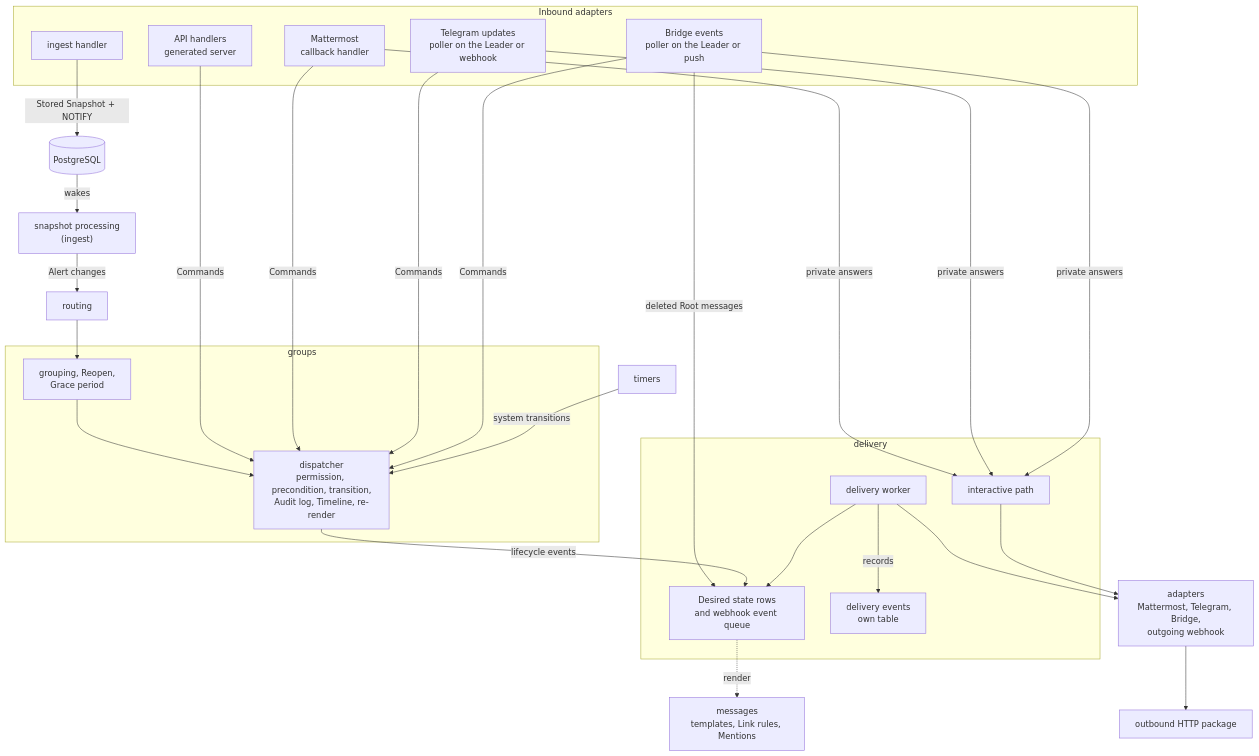
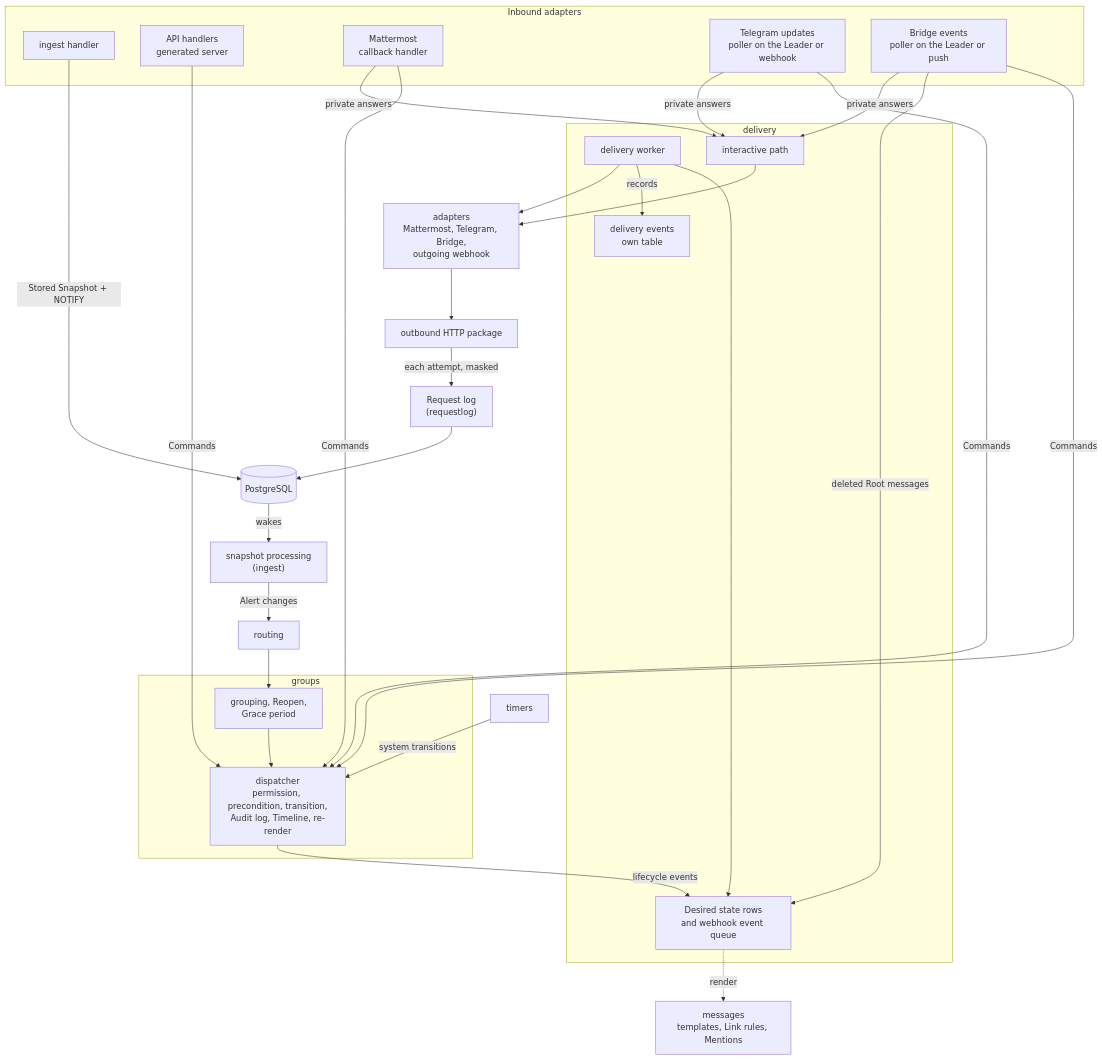
The third of 27 diagrams in design/architecture.md (muster-io/muster), drawn with Mermaid before and after one commit. The commit also changed other lines of this file and 99 other files, not shown here.

Commit message:
feat(requestlog): record outbound requests with their answers (#272)

````diff
--- a/design/architecture.md
+++ b/design/architecture.md
@@ -190,50 +190,53 @@
 ```mermaid
 flowchart TB
     subgraph inbound["Inbound adapters"]
         ingestH["ingest handler"]
         apiH["API handlers<br/>generated server"]
         mmCb["Mattermost<br/>callback handler"]
         tgUp["Telegram updates<br/>poller on the Leader or webhook"]
         brEv["Bridge events<br/>poller on the Leader or push"]
     end
 
     processing["snapshot processing<br/>(ingest)"]
     routing["routing"]
 
     subgraph groups["groups"]
         grouping["grouping, Reopen,<br/>Grace period"]
         dispatcher["dispatcher<br/>permission, precondition, transition,<br/>Audit log, Timeline, re-render"]
     end
 
     timers["timers"]
     messages["messages<br/>templates, Link rules, Mentions"]
 
     subgraph delivery["delivery"]
         desired["Desired state rows<br/>and webhook event queue"]
         worker["delivery worker"]
         devents["delivery events<br/>own table"]
         interactive["interactive path"]
     end
 
     adapters["adapters<br/>Mattermost, Telegram, Bridge,<br/>outgoing webhook"]
     outbound["outbound HTTP package"]
+    requestlog["Request log<br/>(requestlog)"]
     db[("PostgreSQL")]
 
     ingestH -- "Stored Snapshot + NOTIFY" --> db
     db -- "wakes" --> processing
     processing -- "Alert changes" --> routing --> grouping --> dispatcher
     apiH -- "Commands" --> dispatcher
     mmCb -- "Commands" --> dispatcher
     tgUp -- "Commands" --> dispatcher
     brEv -- "Commands" --> dispatcher
     brEv -- "deleted Root messages" --> desired
     timers -- "system transitions" --> dispatcher
     dispatcher -- "lifecycle events" --> desired
     desired -. "render" .-> messages
     worker --> desired
     worker -- "records" --> devents
     worker --> adapters
     mmCb & tgUp & brEv -- "private answers" --> interactive
     interactive --> adapters
     adapters --> outbound
+    outbound -- "each attempt, masked" --> requestlog
+    requestlog --> db
 ```
````
